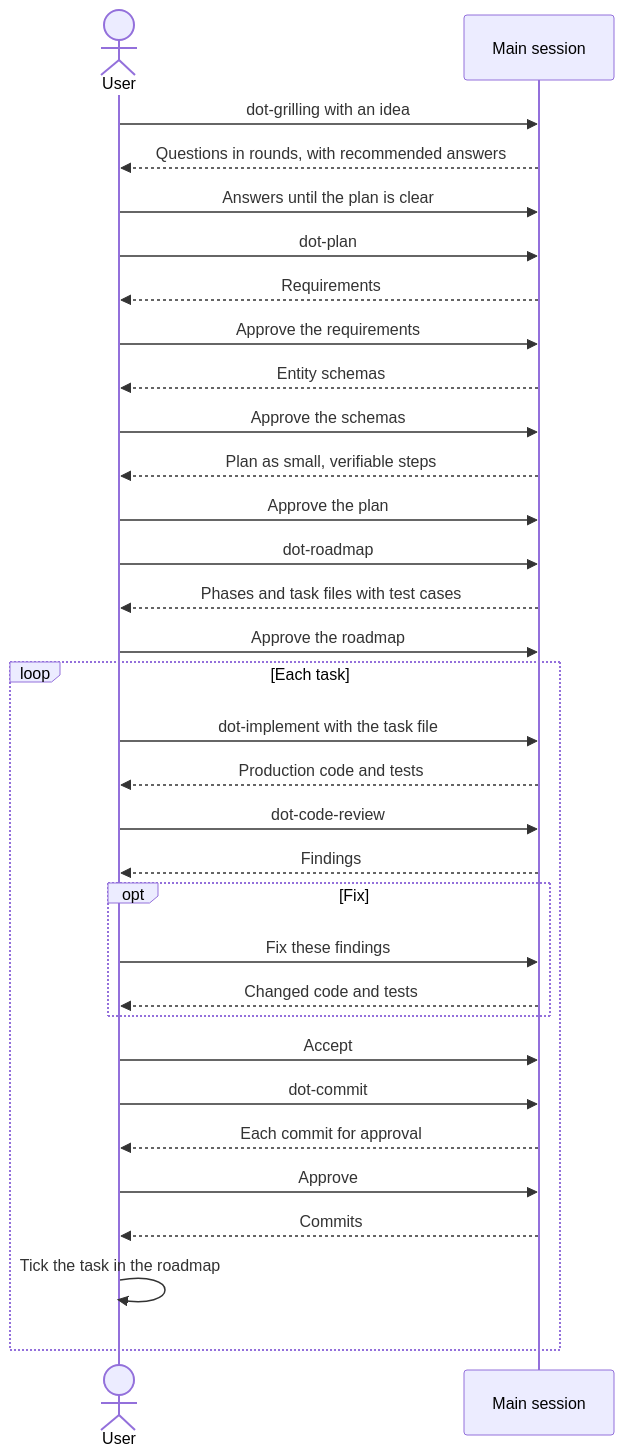
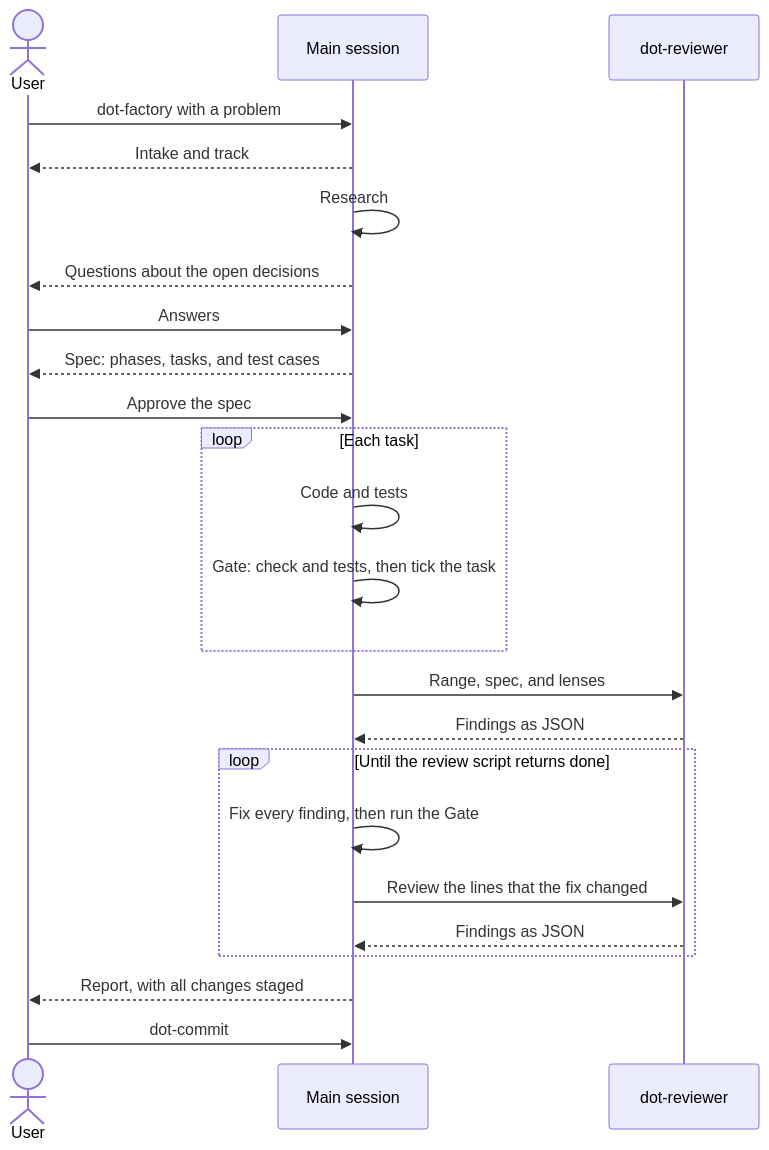
The diagram in README.md (igorlau/dotagents), drawn with Mermaid before and after one commit. The commit also changed other lines of this file and 5 other files, not shown here.

First line of the commit message:
docs: teach dot-factory in the README and the guide

````diff
--- a/README.md
+++ b/README.md
@@ -85,34 +95,26 @@
 ```mermaid
 sequenceDiagram
     actor User
     participant Main as Main session
-    User->>Main: dot-grilling with an idea
-    Main-->>User: Questions in rounds, with recommended answers
-    User->>Main: Answers until the plan is clear
-    User->>Main: dot-plan
-    Main-->>User: Requirements
-    User->>Main: Approve the requirements
-    Main-->>User: Entity schemas
-    User->>Main: Approve the schemas
-    Main-->>User: Plan as small, verifiable steps
-    User->>Main: Approve the plan
-    User->>Main: dot-roadmap
-    Main-->>User: Phases and task files with test cases
-    User->>Main: Approve the roadmap
+    participant Reviewer as dot-reviewer
+    User->>Main: dot-factory with a problem
+    Main-->>User: Intake and track
+    Main->>Main: Research
+    Main-->>User: Questions about the open decisions
+    User->>Main: Answers
+    Main-->>User: Spec: phases, tasks, and test cases
+    User->>Main: Approve the spec
     loop Each task
-        User->>Main: dot-implement with the task file
-        Main-->>User: Production code and tests
-        User->>Main: dot-code-review
-        Main-->>User: Findings
-        opt Fix
-            User->>Main: Fix these findings
-            Main-->>User: Changed code and tests
-        end
-        User->>Main: Accept
-        User->>Main: dot-commit
-        Main-->>User: Each commit for approval
-        User->>Main: Approve
-        Main-->>User: Commits
-        User->>User: Tick the task in the roadmap
+        Main->>Main: Code and tests
+        Main->>Main: Gate: check and tests, then tick the task
     end
+    Main->>Reviewer: Range, spec, and lenses
+    Reviewer-->>Main: Findings as JSON
+    loop Until the review script returns done
+        Main->>Main: Fix every finding, then run the Gate
+        Main->>Reviewer: Review the lines that the fix changed
+        Reviewer-->>Main: Findings as JSON
+    end
+    Main-->>User: Report, with all changes staged
+    User->>Main: dot-commit
 ```
````
